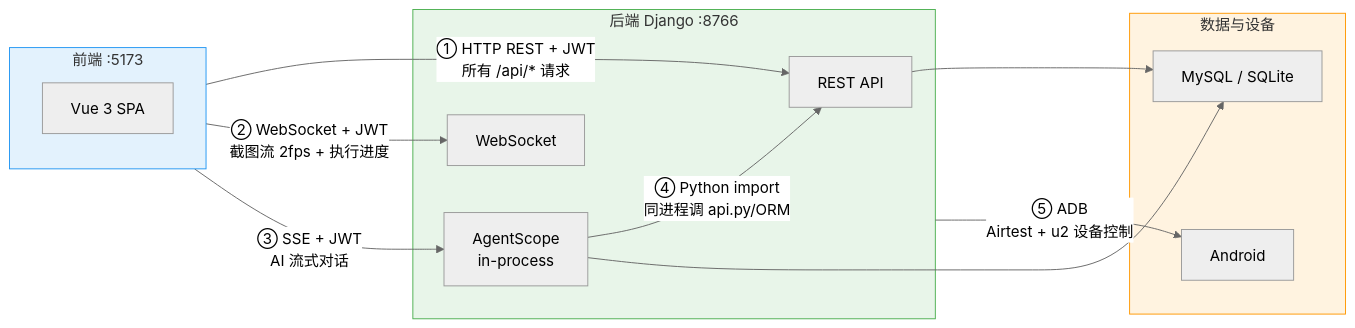
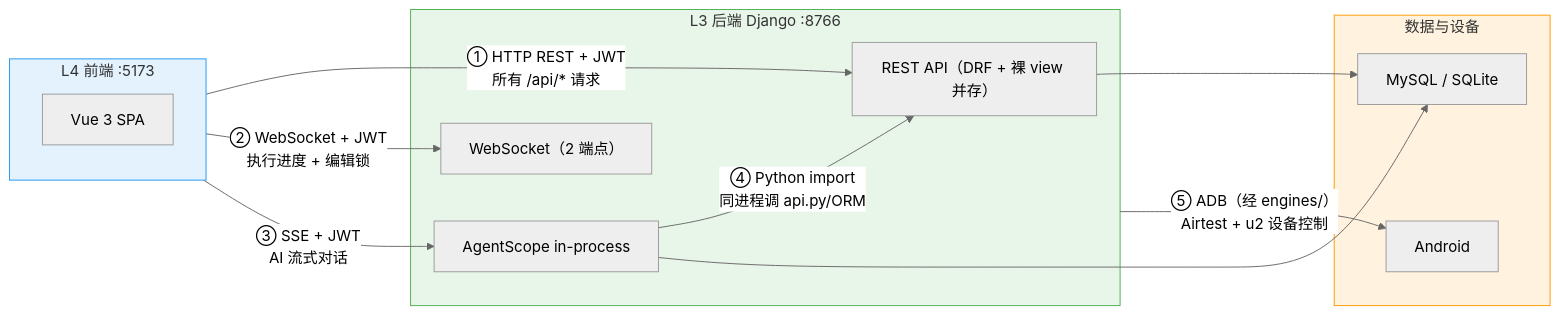
The third of 6 diagrams in dev_docs/03-设计与架构/ARCH-00-平台总体架构.md (Kahoku-lazy/Android-AutoTests), drawn with Mermaid (neutral theme) before and after one commit. The commit also changed other lines of this file and 53 other files, not shown here.

````diff
--- a/dev_docs/03-设计与架构/ARCH-00-平台总体架构.md
+++ b/dev_docs/03-设计与架构/ARCH-00-平台总体架构.md
@@ -115,29 +214,29 @@
 ```mermaid
 flowchart LR
-    subgraph Frontend["前端 :5173"]
+    subgraph Frontend["L4 前端 :5173"]
         Vue["Vue 3 SPA"]
     end
 
-    subgraph Django["后端 Django :8766"]
-        API["REST API"]
-        WS["WebSocket"]
-        AS["AgentScope<br/>in-process"]
+    subgraph Django["L3 后端 Django :8766"]
+        API["REST API（DRF + 裸 view 并存）"]
+        WS["WebSocket（2 端点）"]
+        AS["AgentScope in-process"]
     end
 
     subgraph Data["数据与设备"]
         DB["MySQL / SQLite"]
         Dev["Android"]
     end
 
     Frontend -->|"① HTTP REST + JWT<br/>所有 /api/* 请求"| API
-    Frontend -->|"② WebSocket + JWT<br/>截图流 2fps + 执行进度"| WS
+    Frontend -->|"② WebSocket + JWT<br/>执行进度 + 编辑锁"| WS
     Frontend -->|"③ SSE + JWT<br/>AI 流式对话"| AS
     AS -->|"④ Python import<br/>同进程调 api.py/ORM"| API
-    Django -->|"⑤ ADB<br/>Airtest + u2 设备控制"| Dev
+    Django -->|"⑤ ADB（经 engines/）<br/>Airtest + u2 设备控制"| Dev
     API --> DB
     AS --> DB
 
     style Frontend fill:#e3f2fd,stroke:#2196f3
     style Django fill:#e8f5e9,stroke:#4caf50
     style Data fill:#fff3e0,stroke:#ff9800
 ```
````
